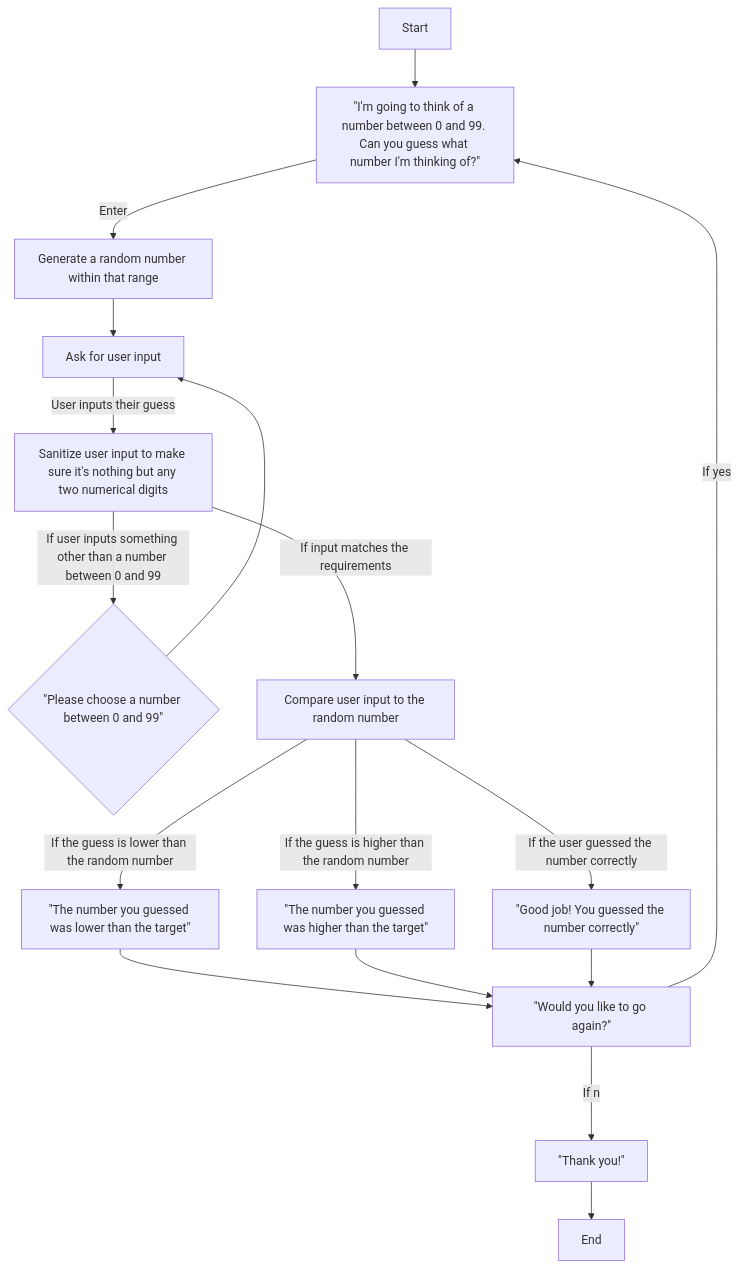
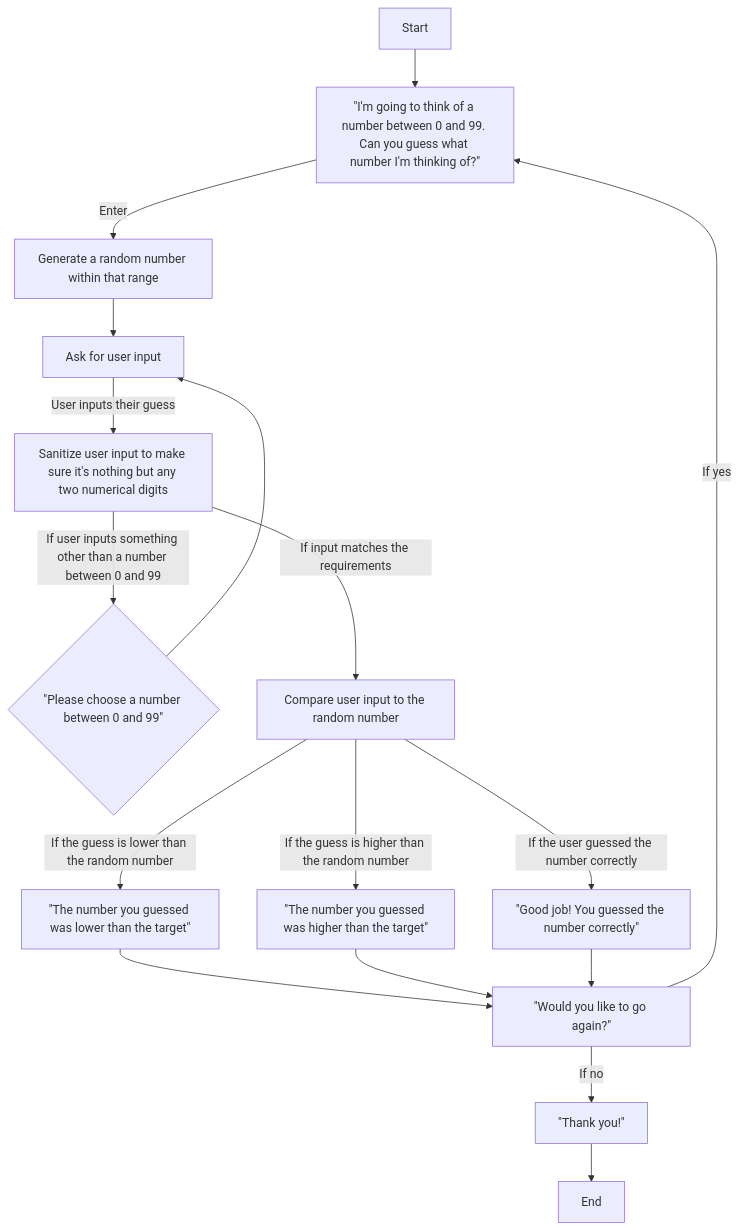
Before and after one commit to melanieb98/melanieb98: the diagram in Diagram.md, drawn with Mermaid.

````diff
--- a/Diagram.md
+++ b/Diagram.md
@@ -1,22 +1,22 @@
 ```mermaid
 
 flowchart TD
 
     Start[Start]-->st1[#quot;I'm going to think of a number between 0 and 99. Can you guess what number I'm thinking of?#quot;];
     st1--Enter-->st1.1[Generate a random number within that range];
     st1.1-->st2[Ask for user input];
     st2--User inputs their guess-->st3[Sanitize user input to make sure it's nothing but any two numerical digits];
     st3--If user inputs something other than a number between 0 and 99-->st3.1{#quot;Please choose a number between 0 and 99#quot;};
     st3.1-->st2;
     st3--If input matches the requirements-->st4[Compare user input to the random number];
     st4--If the guess is lower than the random number-->lower[#quot;The number you guessed was lower than the target#quot;];
     st4--If the guess is higher than the random number-->higher[#quot;The number you guessed was higher than the target#quot;];
     st4--If the user guessed the number correctly-->correct[#quot;Good job! You guessed the number correctly#quot;];
     lower-->repeat[#quot;Would you like to go again?#quot;];
     higher-->repeat;
     correct-->repeat;
     repeat--If yes-->st1;
-    repeat--If no-->stop[#quot;Thank you!#quot;];
+    repeat--If no -->stop[#quot;Thank you!#quot;];
     stop-->End[End];
 
 ```
````
